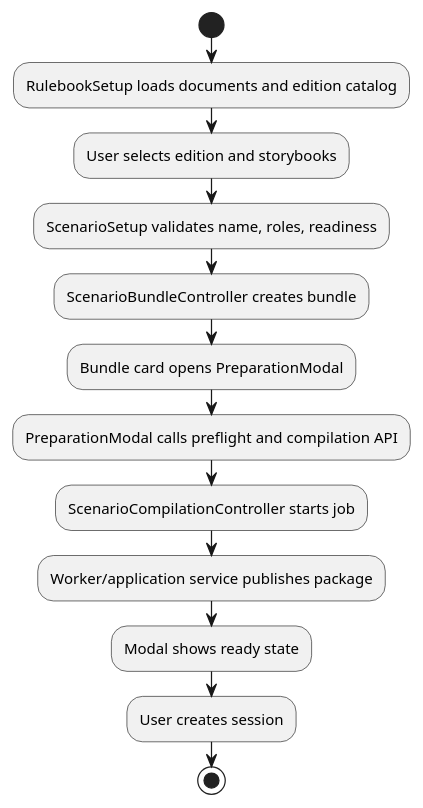
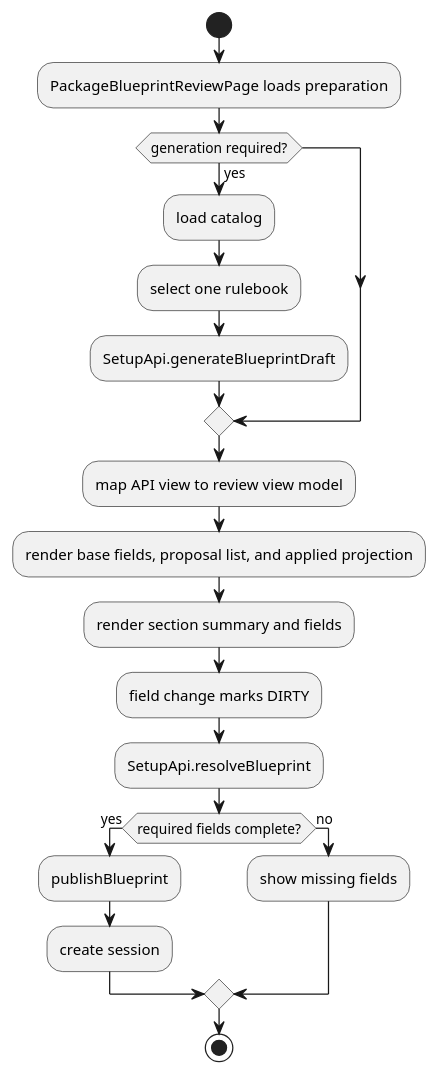
Before and after one commit to omegafrog/dnd-master: the fourth of 4 diagrams in docs/specs/architecture-spec.md, drawn with PlantUML. The commit also changed other lines of this file and 10 other files, not shown here.

````diff
--- a/docs/specs/architecture-spec.md
+++ b/docs/specs/architecture-spec.md
@@ -224,16 +225,23 @@
 ```plantuml
 @startuml
 start
-:RulebookSetup loads documents and edition catalog;
-:User selects edition and storybooks;
-:ScenarioSetup validates name, roles, readiness;
-:ScenarioBundleController creates bundle;
-:Bundle card opens PreparationModal;
-:PreparationModal calls preflight and compilation API;
-:ScenarioCompilationController starts job;
-:Worker/application service publishes package;
-:Modal shows ready state;
-:User creates session;
+:PackageBlueprintReviewPage loads preparation;
+if (generation required?) then (yes)
+  :load catalog;
+  :select one rulebook;
+  :SetupApi.generateBlueprintDraft;
+endif
+:map API view to review view model;
+:render base fields, proposal list, and applied projection;
+:render section summary and fields;
+:field change marks DIRTY;
+:SetupApi.resolveBlueprint;
+if (required fields complete?) then (yes)
+  :publishBlueprint;
+  :create session;
+else (no)
+  :show missing fields;
+endif
 stop
 @enduml
 ```
````
